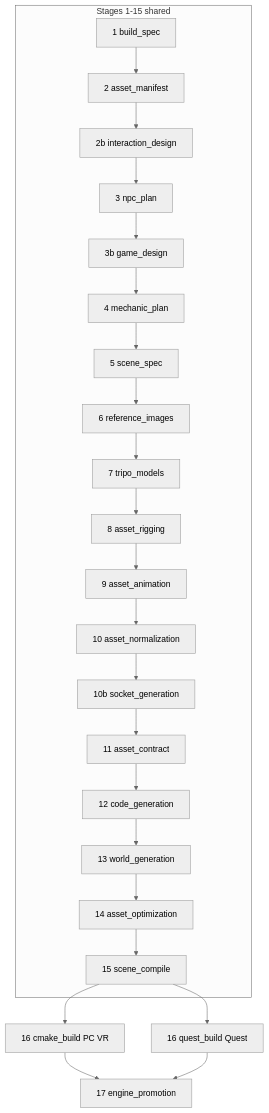
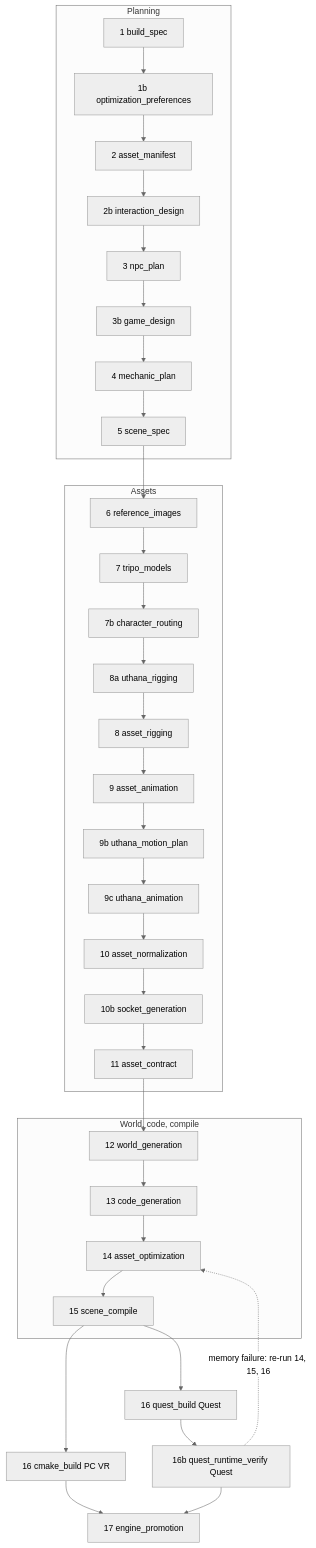
One commit to FriimanTech/Prompt-To-VR changed the diagram in docs/All_Stages_Docs/README.md. Above: the diagram before and after it, drawn with Mermaid (neutral theme). The commit also changed other lines of this file and 76 other files, not shown here.

````diff
--- a/docs/All_Stages_Docs/README.md
+++ b/docs/All_Stages_Docs/README.md
@@ -9,16 +9,24 @@
 ```mermaid
 flowchart TD
-  subgraph shared [Stages 1-15 shared]
-    S1[1 build_spec] --> S2[2 asset_manifest] --> S2b[2b interaction_design] --> S3[3 npc_plan]
-    S3 --> S3b[3b game_design] --> S4[4 mechanic_plan] --> S5[5 scene_spec]
-    S5 --> S6[6 reference_images] --> S7[7 tripo_models]
-    S7 --> S8[8 asset_rigging] --> S9[9 asset_animation]
-    S9 --> S10[10 asset_normalization] --> S10b[10b socket_generation] --> S11[11 asset_contract]
-    S11 --> S12[12 code_generation] --> S13[13 world_generation]
+  subgraph planning [Planning]
+    S1[1 build_spec] --> S1b[1b optimization_preferences] --> S2[2 asset_manifest]
+    S2 --> S2b[2b interaction_design] --> S3[3 npc_plan] --> S3b[3b game_design]
+    S3b --> S4[4 mechanic_plan] --> S5[5 scene_spec]
+  end
+  subgraph assets [Assets]
+    S5 --> S6[6 reference_images] --> S7[7 tripo_models] --> S7b[7b character_routing]
+    S7b --> S8a[8a uthana_rigging] --> S8[8 asset_rigging] --> S9[9 asset_animation]
+    S9 --> S9b[9b uthana_motion_plan] --> S9c[9c uthana_animation]
+    S9c --> S10[10 asset_normalization] --> S10b[10b socket_generation] --> S11[11 asset_contract]
+  end
+  subgraph gen [World, code, compile]
+    S11 --> S12[12 world_generation] --> S13[13 code_generation]
     S13 --> S14[14 asset_optimization] --> S15[15 scene_compile]
   end
   S15 --> S16pc[16 cmake_build PC VR]
   S15 --> S16q[16 quest_build Quest]
+  S16q --> S16b[16b quest_runtime_verify Quest]
+  S16b -. memory failure: re-run 14, 15, 16 .-> S14
   S16pc --> S17[17 engine_promotion]
-  S16q --> S17
+  S16b --> S17
 ```
````
